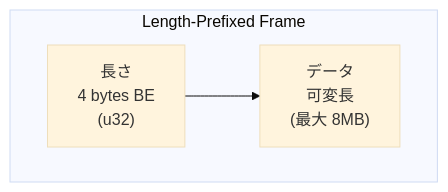
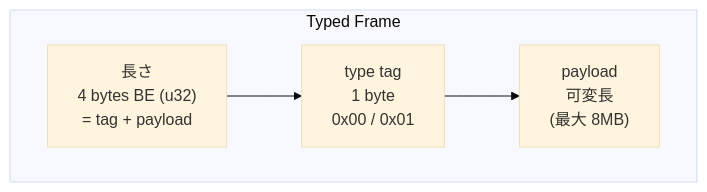
Before and after one commit to chronista-club/club-unison: the seventh of 8 diagrams in spec/01-core-concept/SPEC.md, drawn with Mermaid (base theme). The commit also changed other lines of this file and 24 other files, not shown here.

````diff
--- a/spec/01-core-concept/SPEC.md
+++ b/spec/01-core-concept/SPEC.md
@@ -316,7 +301,7 @@
 ```mermaid
 graph LR
-    subgraph "Length-Prefixed Frame"
+    subgraph "Typed Frame"
         direction LR
-        LEN["長さ<br/>4 bytes BE<br/>(u32)"] --> DATA["データ<br/>可変長<br/>(最大 8MB)"]
+        LEN["長さ<br/>4 bytes BE (u32)<br/>= tag + payload"] --> TAG["type tag<br/>1 byte<br/>0x00 / 0x01"] --> DATA["payload<br/>可変長<br/>(最大 8MB)"]
     end
 ```
````
